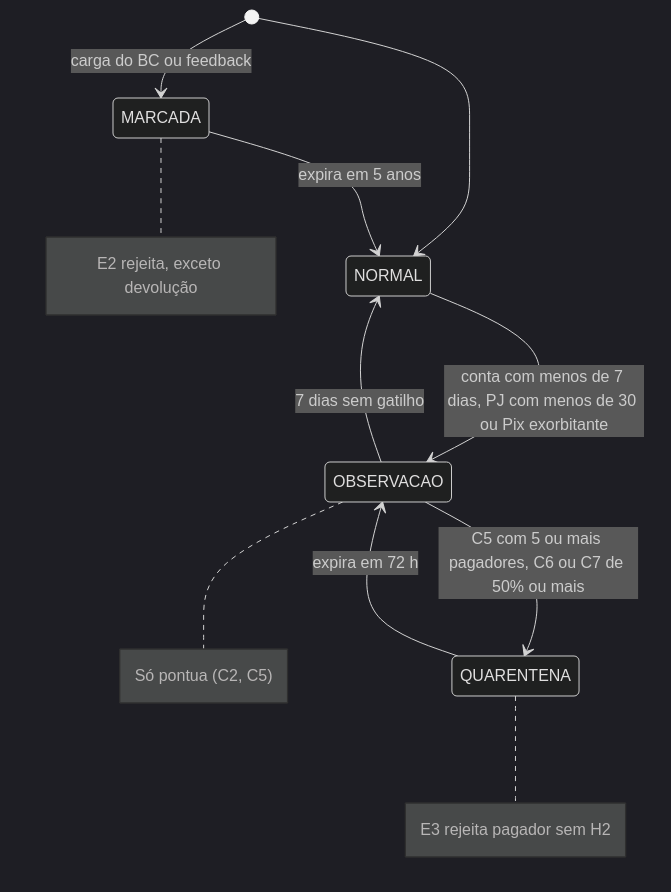
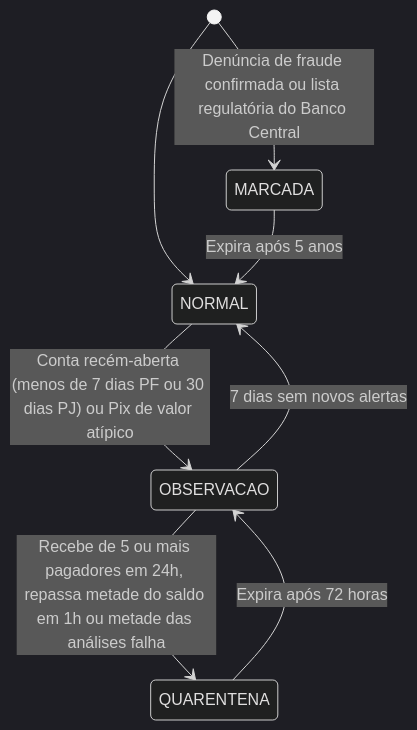
The fourth of 6 diagrams in bootcamp-entrega-final/README.md (HenriqueJCManco/BootcampQITech), drawn with Mermaid (dark theme) before and after one commit. The commit also changed other lines of this file, not shown here.

````diff
--- a/bootcamp-entrega-final/README.md
+++ b/bootcamp-entrega-final/README.md
@@ -313,19 +312,10 @@
 ```mermaid
 stateDiagram-v2
     [*] --> NORMAL
-    NORMAL --> OBSERVACAO: conta com menos de 7 dias, PJ com menos de 30 ou Pix exorbitante
-    OBSERVACAO --> NORMAL: 7 dias sem gatilho
-    OBSERVACAO --> QUARENTENA: C5 com 5 ou mais pagadores, C6 ou C7 de 50% ou mais
-    QUARENTENA --> OBSERVACAO: expira em 72 h
-    [*] --> MARCADA: carga do BC ou feedback
-    MARCADA --> NORMAL: expira em 5 anos
-    note right of OBSERVACAO
-        Só pontua (C2, C5)
-    end note
-    note right of QUARENTENA
-        E3 rejeita pagador sem H2
-    end note
-    note right of MARCADA
-        E2 rejeita, exceto devolução
-    end note
+    NORMAL --> OBSERVACAO: Conta recém-aberta (menos de 7 dias PF ou 30 dias PJ) ou Pix de valor atípico
+    OBSERVACAO --> NORMAL: 7 dias sem novos alertas
+    OBSERVACAO --> QUARENTENA: Recebe de 5 ou mais pagadores em 24h, repassa metade do saldo em 1h ou metade das análises falha
+    QUARENTENA --> OBSERVACAO: Expira após 72 horas
+    [*] --> MARCADA: Denúncia de fraude confirmada ou lista regulatória do Banco Central
+    MARCADA --> NORMAL: Expira após 5 anos
 ```
````
